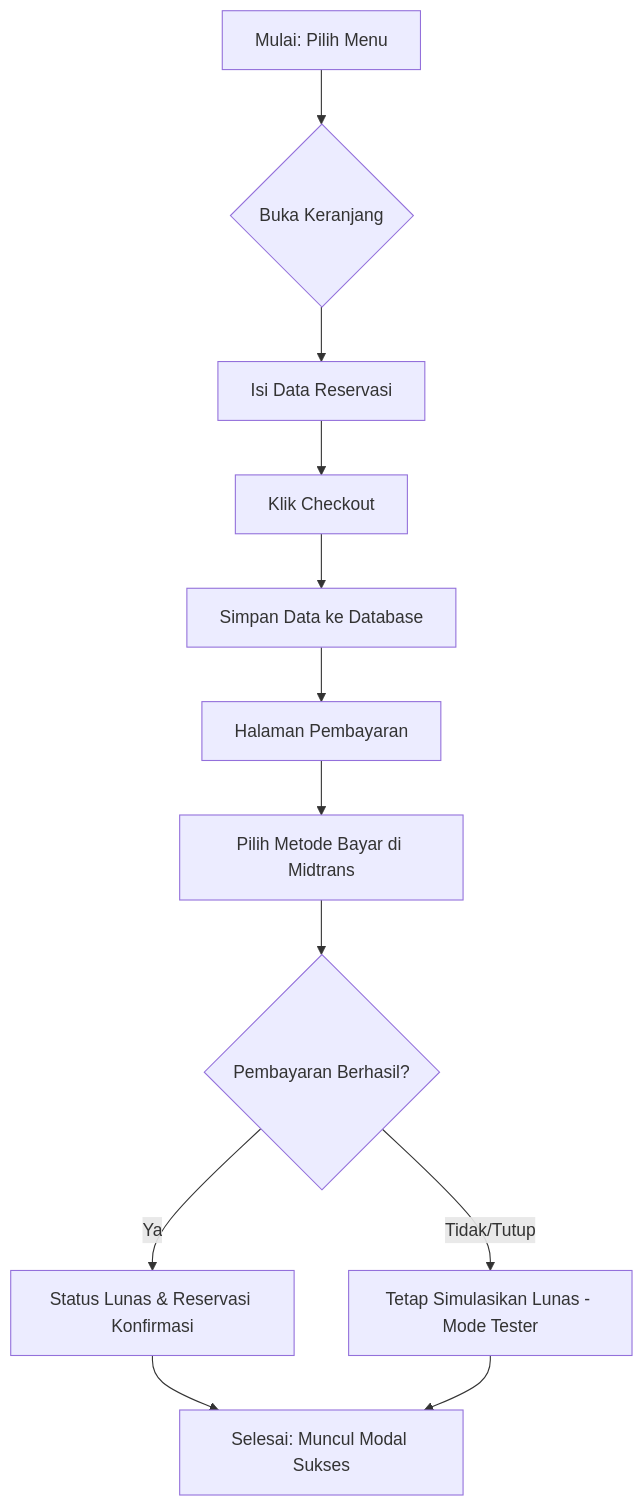
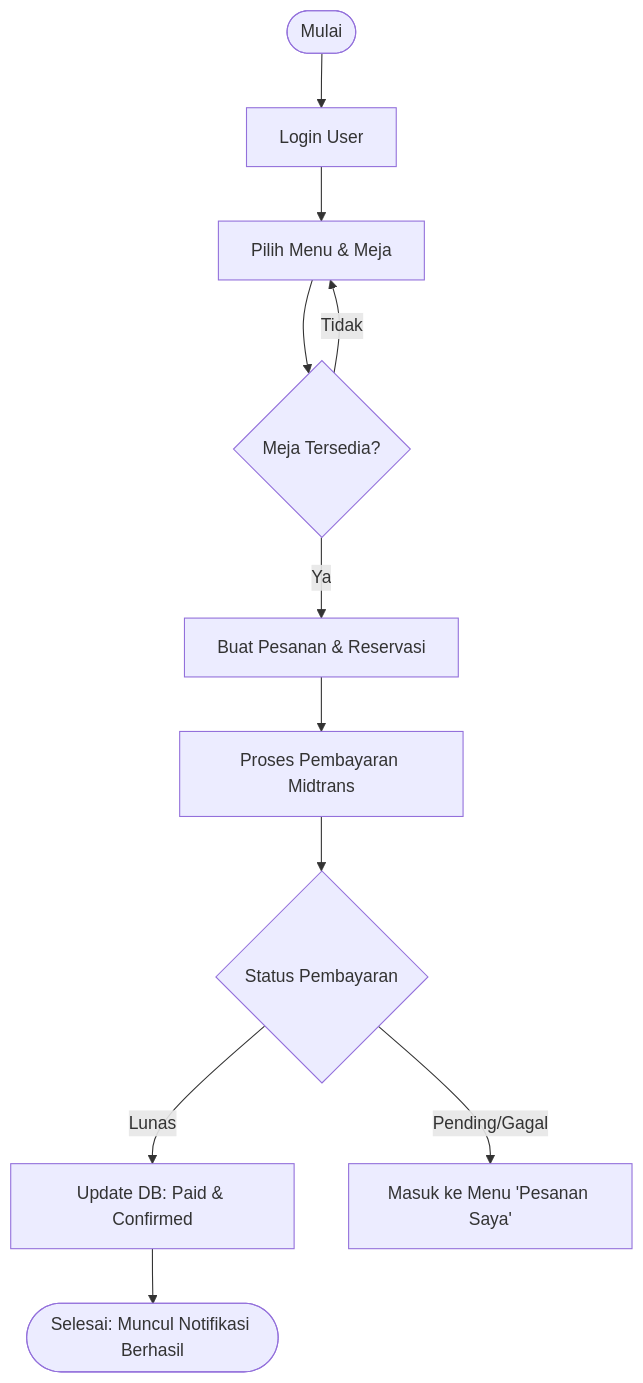
The second of 2 diagrams in DIAGRAM.md (AkbarHusaini/website-reservasi-online-Ineri-suki), drawn with Mermaid before and after one commit. The commit also changed other lines of this file, not shown here.

Commit message:
docs: upgrade to full system sequence diagram for thesis

````diff
--- a/DIAGRAM.md
+++ b/DIAGRAM.md
@@ -45,14 +67,17 @@
 ```mermaid
-graph TD
-    A[Mulai: Pilih Menu] --> B{Buka Keranjang}
-    B --> C[Isi Data Reservasi]
-    C --> D[Klik Checkout]
-    D --> E[Simpan Data ke Database]
-    E --> F[Halaman Pembayaran]
-    F --> G[Pilih Metode Bayar di Midtrans]
-    G --> H{Pembayaran Berhasil?}
-    H -- Ya --> I[Status Lunas & Reservasi Konfirmasi]
-    H -- Tidak/Tutup --> J[Tetap Simulasikan Lunas - Mode Tester]
-    I --> K[Selesai: Muncul Modal Sukses]
-    J --> K
+flowchart TD
+    Start([Mulai]) --> Login[Login User]
+    Login --> Browse[Pilih Menu & Meja]
+    Browse --> Check{Meja Tersedia?}
+    
+    Check -- Tidak --> Browse
+    Check -- Ya --> CreateOrder[Buat Pesanan & Reservasi]
+    
+    CreateOrder --> Payment[Proses Pembayaran Midtrans]
+    Payment --> Confirm{Status Pembayaran}
+    
+    Confirm -- Lunas --> Success[Update DB: Paid & Confirmed]
+    Confirm -- Pending/Gagal --> MyOrder[Masuk ke Menu 'Pesanan Saya']
+    
+    Success --> Done([Selesai: Muncul Notifikasi Berhasil])
 ```
````
